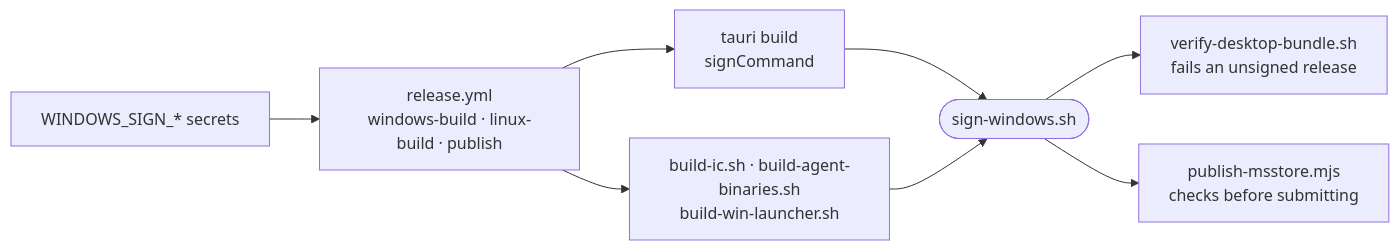
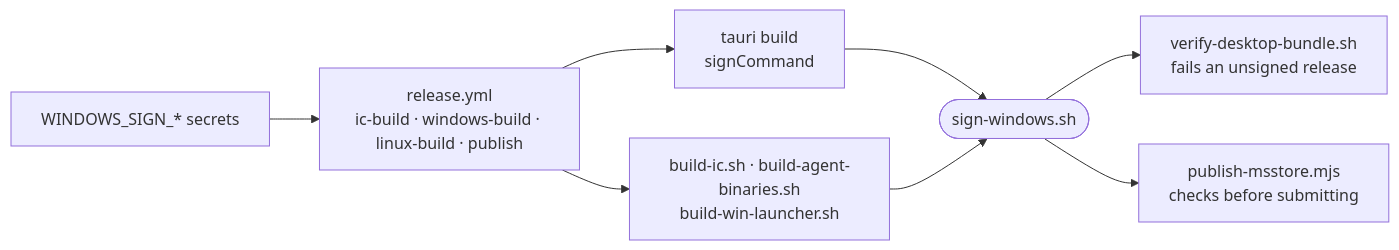
One commit to intentic/intentic changed the diagram in docs/ops/windows-code-signing.md. Above: the diagram before and after it, drawn with Mermaid. The commit also changed other lines of this file and 73 other files, not shown here.

````diff
--- a/docs/ops/windows-code-signing.md
+++ b/docs/ops/windows-code-signing.md
@@ -5,10 +5,10 @@
 ```mermaid
 flowchart LR
-    secrets["WINDOWS_SIGN_* secrets"] --> jobs["release.yml<br/>windows-build · linux-build · publish"]
+    secrets["WINDOWS_SIGN_* secrets"] --> jobs["release.yml<br/>ic-build · windows-build · linux-build · publish"]
     jobs --> tauri["tauri build<br/>signCommand"]
     jobs --> helpers["build-ic.sh · build-agent-binaries.sh<br/>build-win-launcher.sh"]
     tauri --> sign(["sign-windows.sh"])
     helpers --> sign
     sign --> verify["verify-desktop-bundle.sh<br/>fails an unsigned release"]
     sign --> store["publish-msstore.mjs<br/>checks before submitting"]
 ```
````
